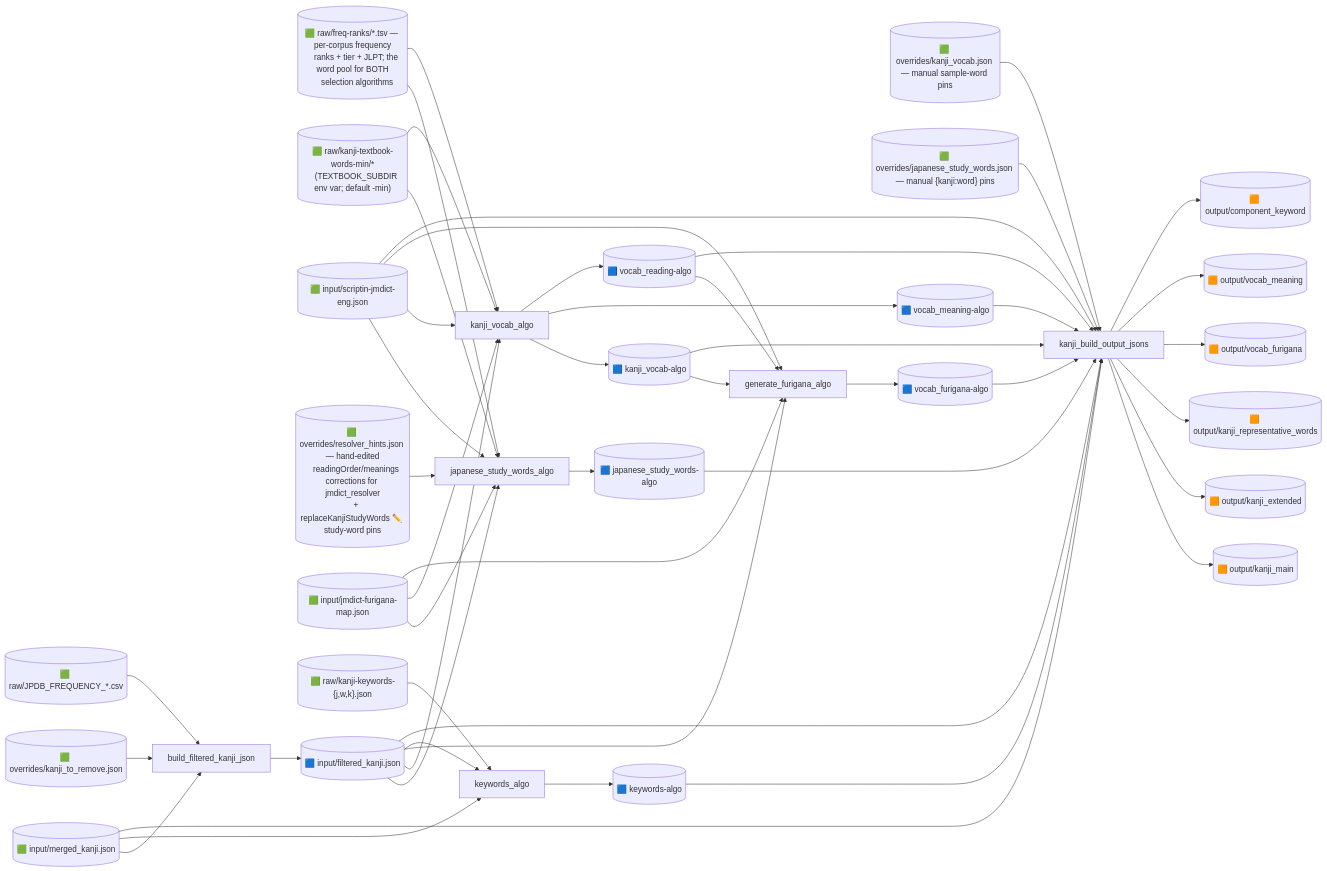
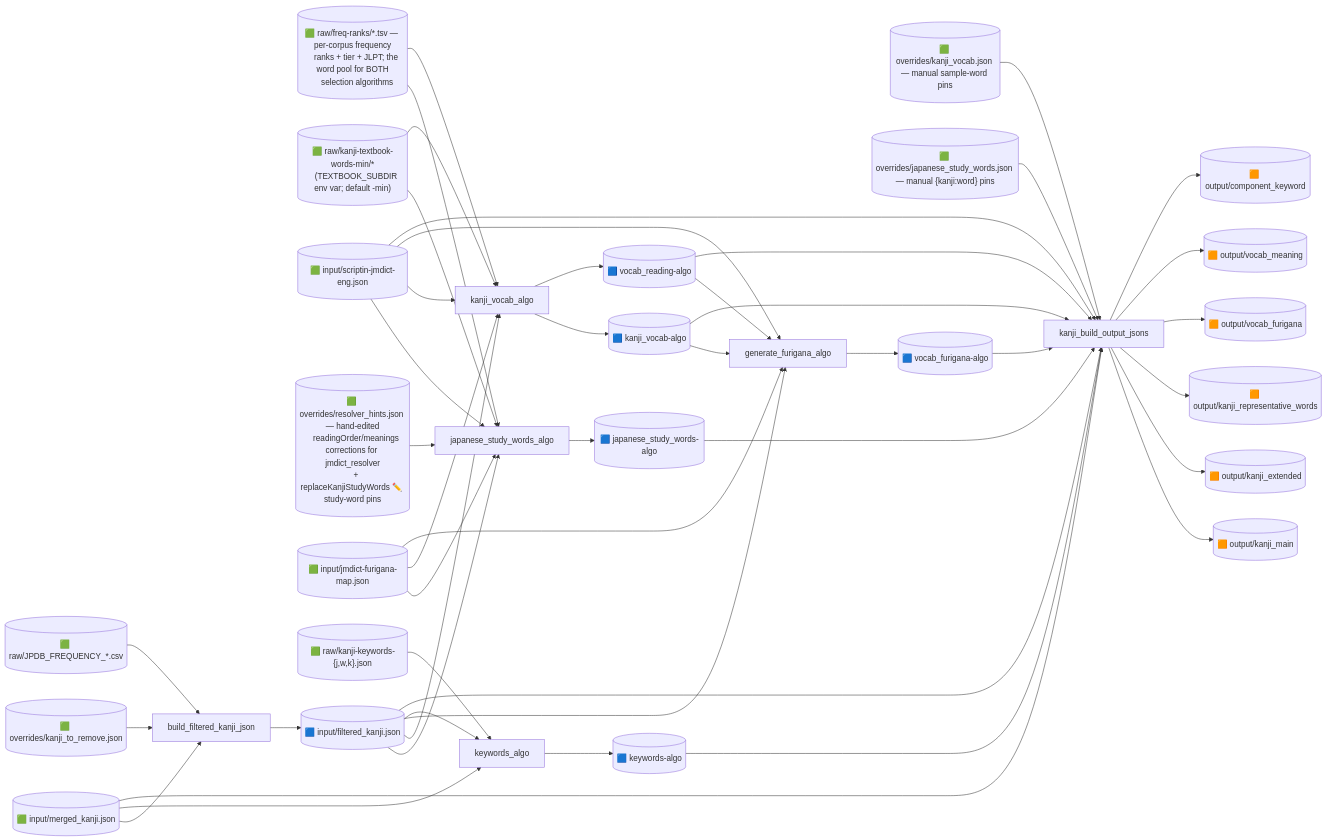
One commit to PikaPikaGems/kanji-heatmap-data changed the second of 8 diagrams in notes/flowchart.md. Above: the diagram before and after it, drawn with Mermaid. The commit also changed other lines of this file and 6 other files, not shown here.

```diff
--- a/notes/flowchart.md
+++ b/notes/flowchart.md
@@ -103,7 +102,6 @@
     filt[("🟦 input/filtered_kanji.json")]
     jsw[("🟦 japanese_study_words-algo")]
     kv[("🟦 kanji_vocab-algo")]
-    vm[("🟦 vocab_meaning-algo")]
     vr[("🟦 vocab_reading-algo")]
     vf[("🟦 vocab_furigana-algo")]
     kwalgo[("🟦 keywords-algo")]
@@ -135,7 +133,7 @@
     textbook --> S3
     jmdict --> S3
     furimap --> S3
-    S3 --> kv & vm & vr
+    S3 --> kv & vr
 
     filt --> S4
     kv --> S4
@@ -154,7 +152,6 @@
     merged --> S6
     kv --> S6
     kvman --> S6
-    vm --> S6
     vr --> S6
     vf --> S6
     jsw --> S6
```
